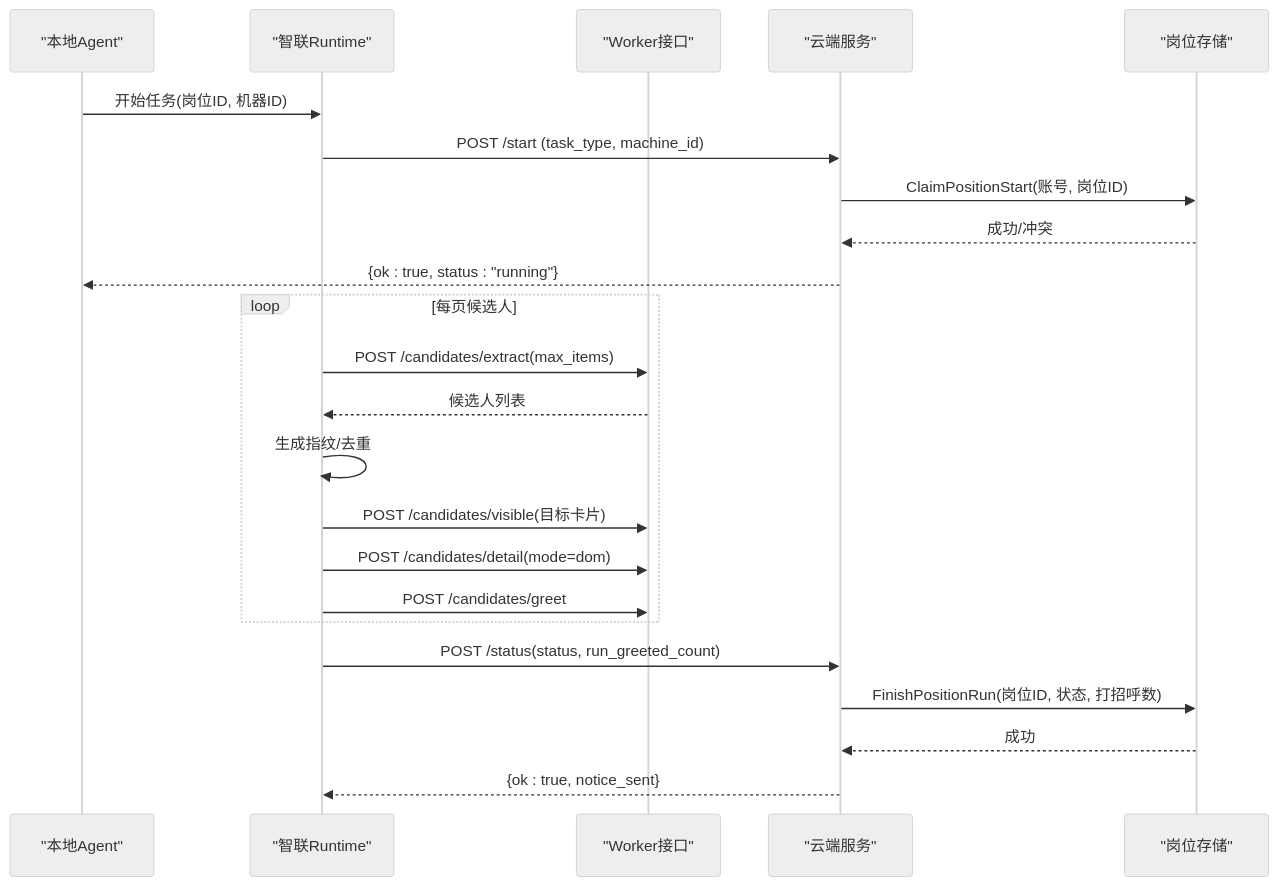
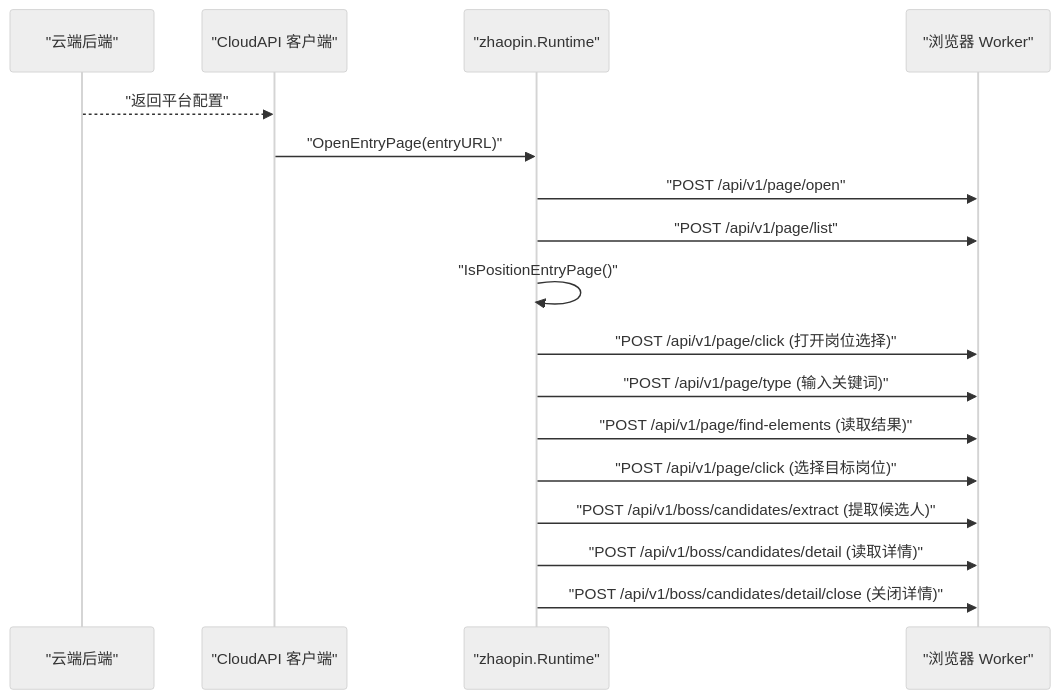
One commit to alvinwangzi/goodhr changed the second of 6 diagrams in .qoder/repowiki/zh/content/本地执行器/平台适配器/智联招聘适配器/职位管理.md. Above: the diagram before and after it, drawn with Mermaid (neutral theme). The commit also changed other lines of this file and 149 other files, not shown here.

````diff
--- a/.qoder/repowiki/zh/content/本地执行器/平台适配器/智联招聘适配器/职位管理.md
+++ b/.qoder/repowiki/zh/content/本地执行器/平台适配器/智联招聘适配器/职位管理.md
@@ -98,25 +106,19 @@
 ```mermaid
 sequenceDiagram
-participant Local as "本地Agent"
-participant ZP as "智联Runtime"
-participant Worker as "Worker接口"
-participant Cloud as "云端服务"
-participant Store as "岗位存储"
-Local->>ZP : 开始任务(岗位ID, 机器ID)
-ZP->>Cloud : POST /start (task_type, machine_id)
-Cloud->>Store : ClaimPositionStart(账号, 岗位ID)
-Store-->>Cloud : 成功/冲突
-Cloud-->>Local : {ok : true, status : "running"}
-loop 每页候选人
-ZP->>Worker : POST /candidates/extract(max_items)
-Worker-->>ZP : 候选人列表
-ZP->>ZP : 生成指纹/去重
-ZP->>Worker : POST /candidates/visible(目标卡片)
-ZP->>Worker : POST /candidates/detail(mode=dom)
-ZP->>Worker : POST /candidates/greet
-end
-ZP->>Cloud : POST /status(status, run_greeted_count)
-Cloud->>Store : FinishPositionRun(岗位ID, 状态, 打招呼数)
-Store-->>Cloud : 成功
-Cloud-->>ZP : {ok : true, notice_sent}
+participant Cloud as "云端后端"
+participant Client as "CloudAPI 客户端"
+participant Runtime as "zhaopin.Runtime"
+participant Worker as "浏览器 Worker"
+Cloud-->>Client : "返回平台配置"
+Client->>Runtime : "OpenEntryPage(entryURL)"
+Runtime->>Worker : "POST /api/v1/page/open"
+Runtime->>Worker : "POST /api/v1/page/list"
+Runtime->>Runtime : "IsPositionEntryPage()"
+Runtime->>Worker : "POST /api/v1/page/click (打开岗位选择)"
+Runtime->>Worker : "POST /api/v1/page/type (输入关键词)"
+Runtime->>Worker : "POST /api/v1/page/find-elements (读取结果)"
+Runtime->>Worker : "POST /api/v1/page/click (选择目标岗位)"
+Runtime->>Worker : "POST /api/v1/boss/candidates/extract (提取候选人)"
+Runtime->>Worker : "POST /api/v1/boss/candidates/detail (读取详情)"
+Runtime->>Worker : "POST /api/v1/boss/candidates/detail/close (关闭详情)"
 ```
````
